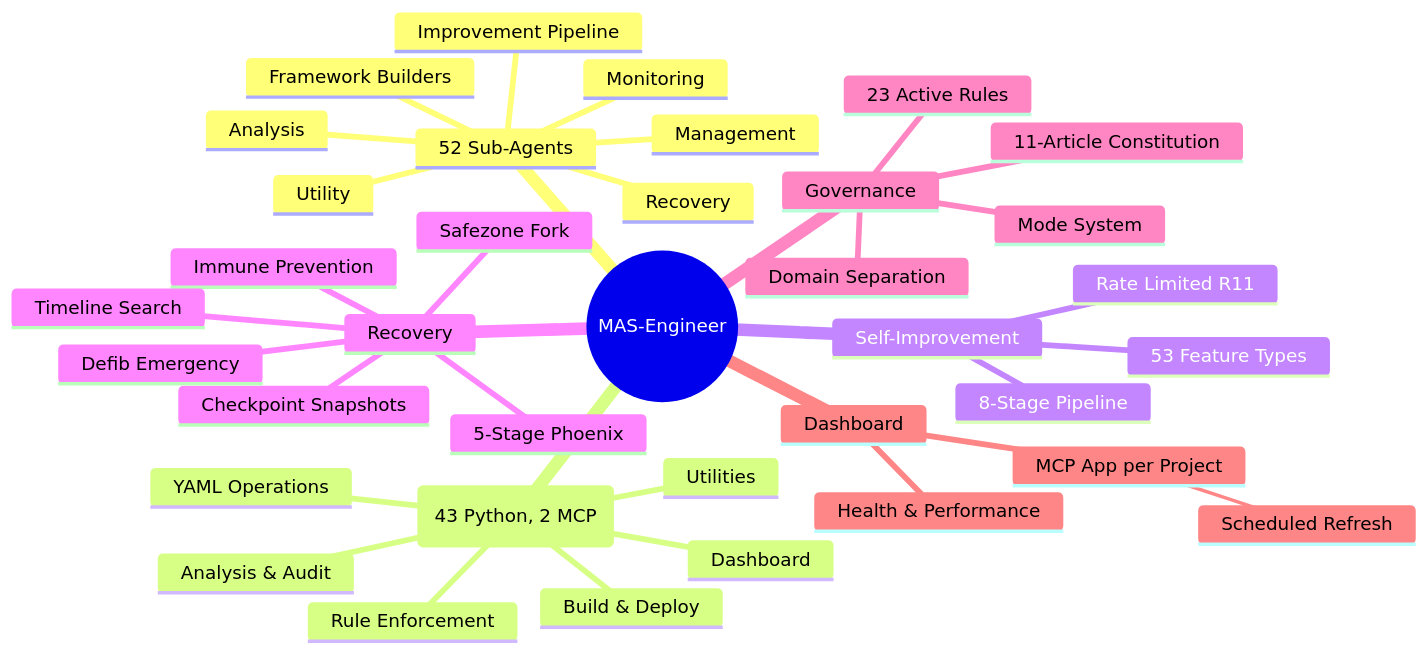
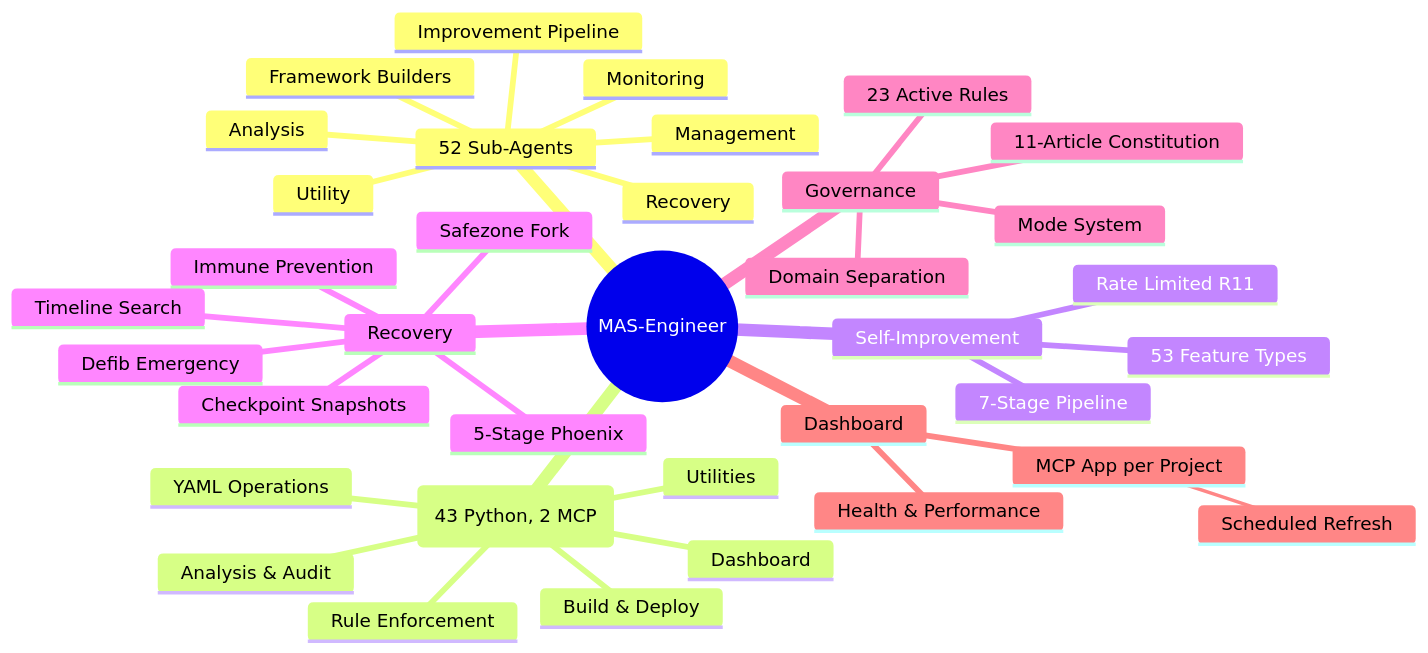
One commit to mczardybon/mas-engineer changed the sixth of 6 diagrams in README.md. Above: the diagram before and after it, drawn with Mermaid. The commit also changed other lines of this file and 13 other files, not shown here.

````diff
--- a/README.md
+++ b/README.md
@@ -463,39 +463,39 @@
 ```mermaid
 mindmap
   root((MAS-Engineer))
     52 Sub-Agents
       Framework Builders
       Improvement Pipeline
       Monitoring
       Recovery
       Analysis
       Utility
       Management
     45 total (43 Python, 2 MCP)
       Rule Enforcement
       YAML Operations
       Build & Deploy
       Analysis & Audit
       Dashboard
       Utilities
     Self-Improvement
-      8-Stage Pipeline
+      7-Stage Pipeline
       53 Feature Types
       Rate Limited R11
     Recovery
       5-Stage Phoenix
       Immune Prevention
       Checkpoint Snapshots
       Safezone Fork
       Timeline Search
       Defib Emergency
     Governance
       23 Active Rules
       11-Article Constitution
       Mode System
       Domain Separation
     Dashboard
       MCP App per Project
        Scheduled Refresh
       Health & Performance
 ```
````
